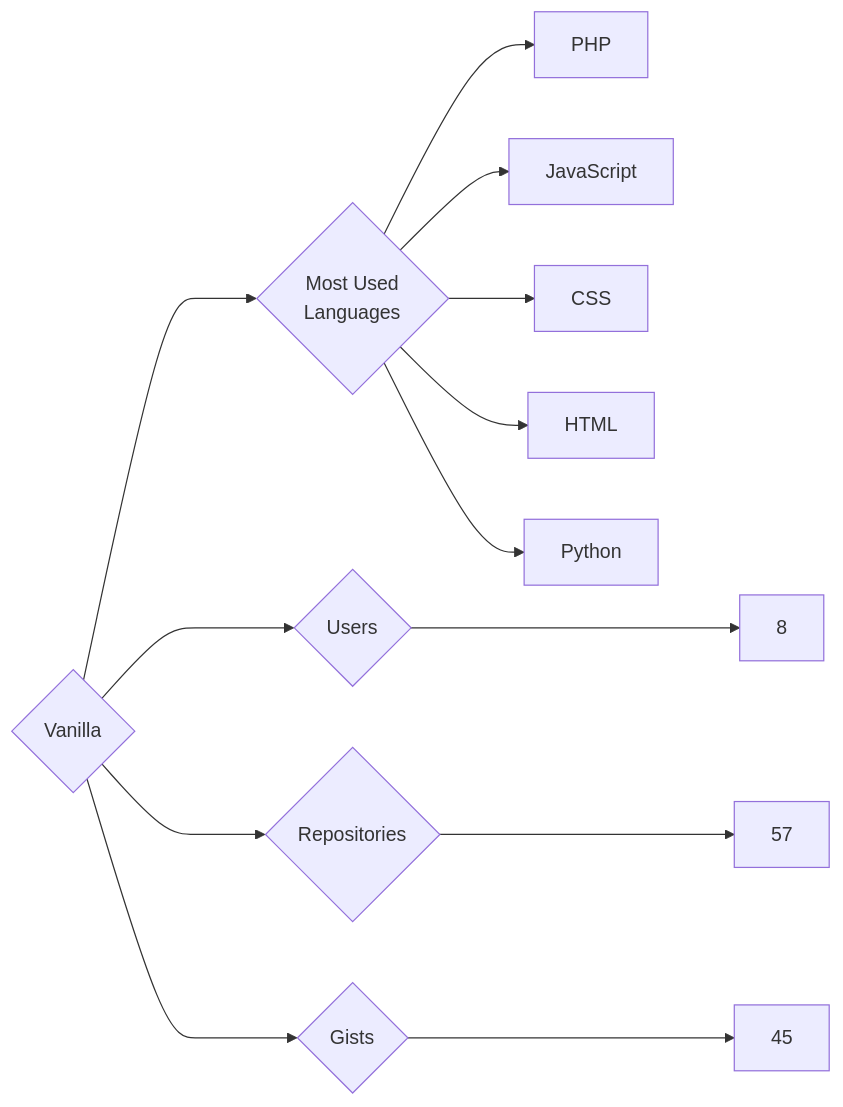
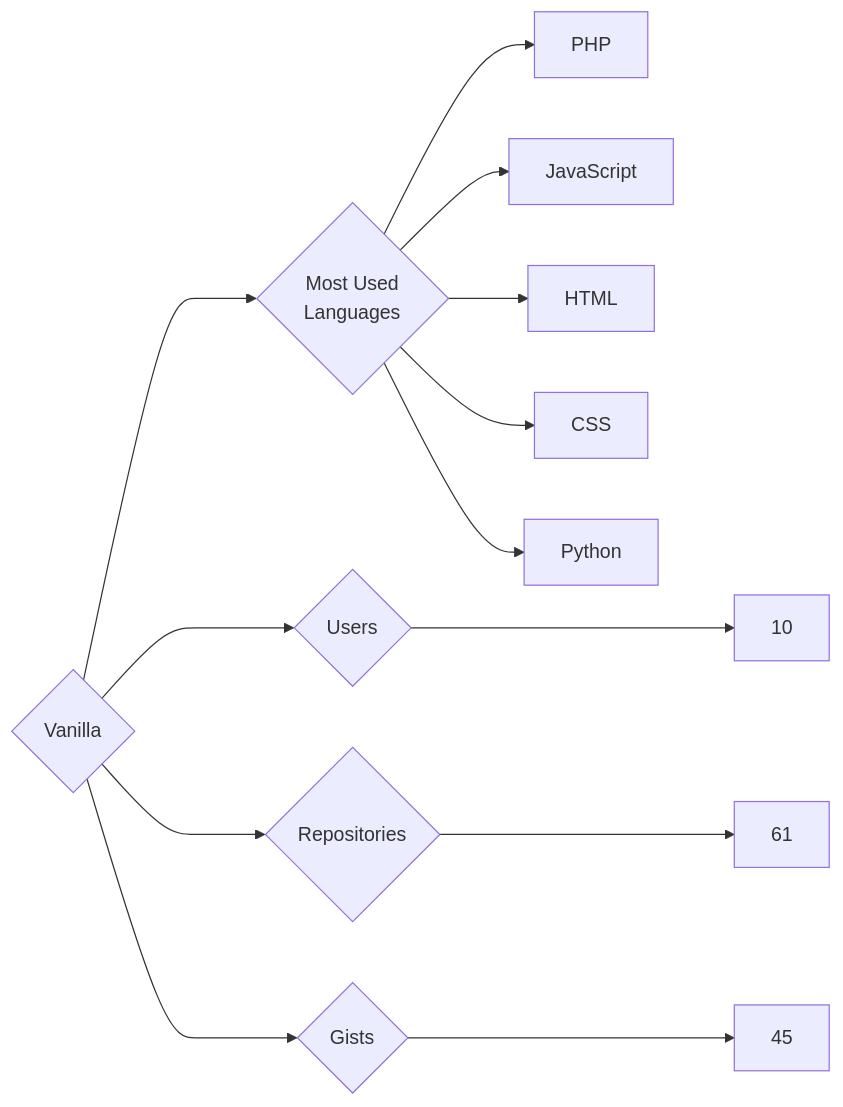
The diagram in targets/Vanilla/README.md (trickest/insiders), drawn with Mermaid before and after one commit. The commit also changed 976 other files, not shown here.

````diff
--- a/targets/Vanilla/README.md
+++ b/targets/Vanilla/README.md
@@ -3,13 +3,13 @@
 ```mermaid
 graph LR
 COMPANY_NAME{Vanilla}
-COMPANY_NAME ---> U{Users} ---> UN[8]
-COMPANY_NAME ---> R{Repositories} ---> RN[57]
+COMPANY_NAME ---> U{Users} ---> UN[10]
+COMPANY_NAME ---> R{Repositories} ---> RN[61]
 COMPANY_NAME ---> G{Gists} ---> GN[45]
 COMPANY_NAME ---> ML{Most Used<br>Languages}
 ML --> PHP[PHP]
 ML --> JavaScript[JavaScript]
+ML --> HTML[HTML]
 ML --> CSS[CSS]
-ML --> HTML[HTML]
 ML --> Python[Python]
 ```
````
